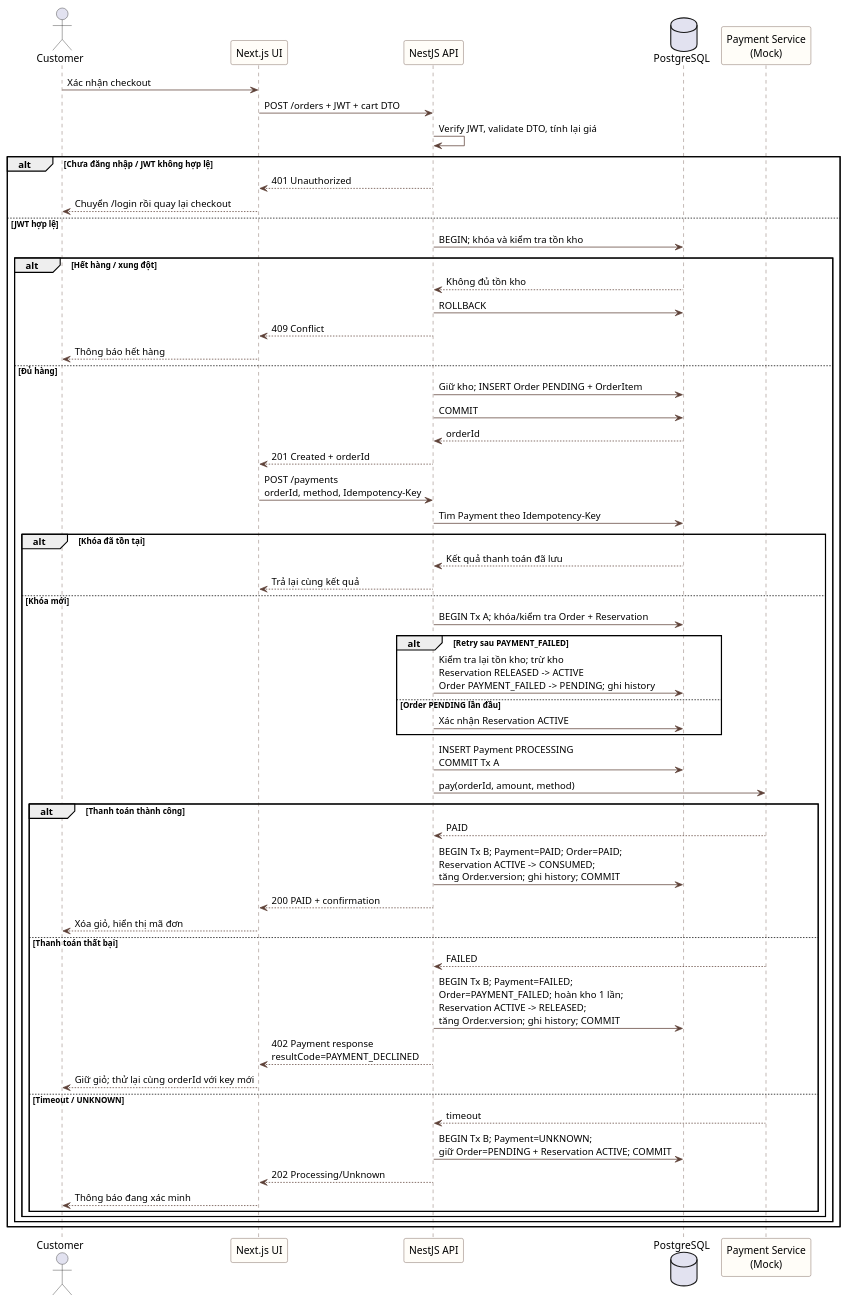
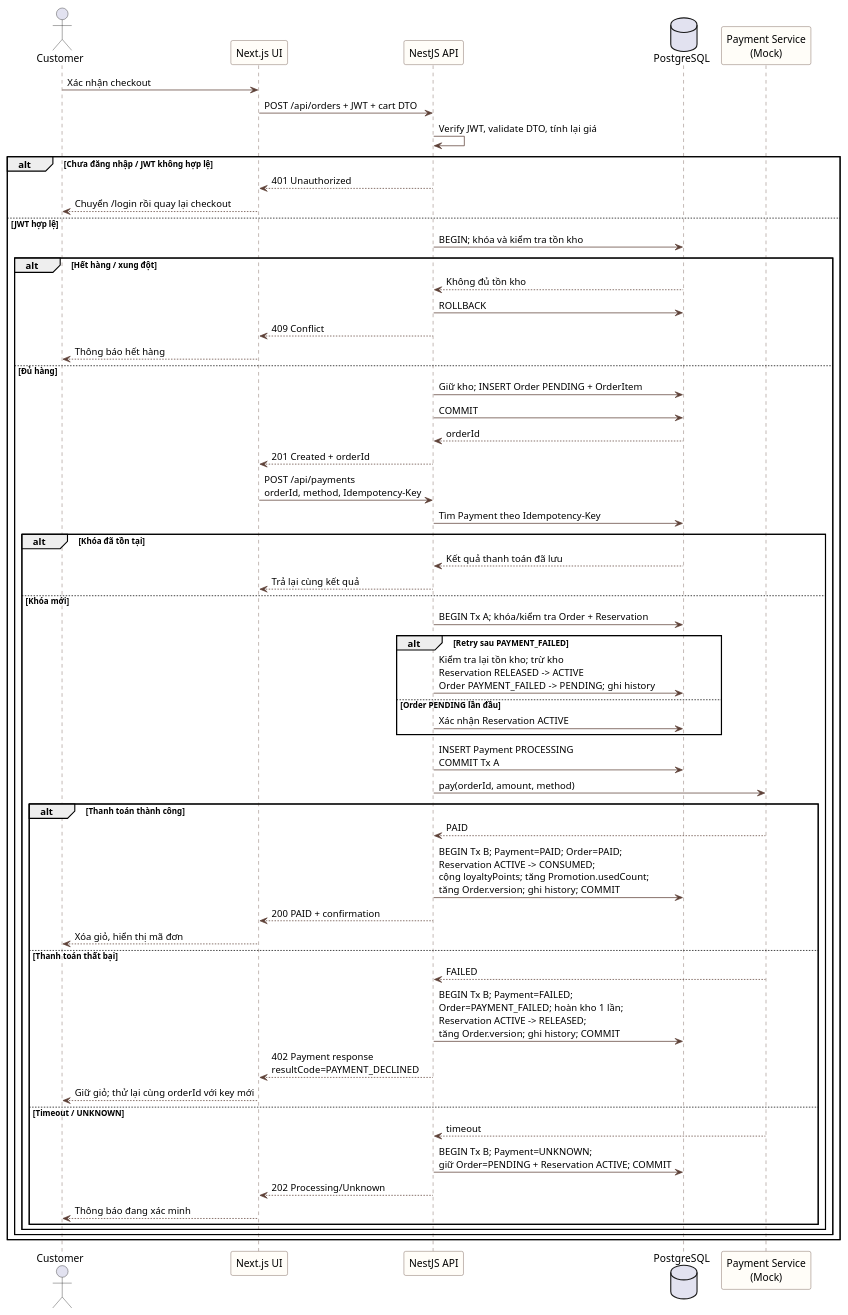
One commit to giakhoi0123/Brewlite_swe_project2 changed the diagram in docs/diagrams/sequence-checkout.puml. Above: the diagram before and after it, drawn with PlantUML. The commit also changed 5 other files, not shown here.

Commit message:
docs(diagrams): sync usecase and checkout sequence diagrams with codebase

```diff
--- a/docs/diagrams/sequence-checkout.puml
+++ b/docs/diagrams/sequence-checkout.puml
@@ -1,70 +1,70 @@
 @startuml
 skinparam shadowing false
 skinparam defaultFontName "Noto Sans"
 skinparam sequence {
   ArrowColor #5D4037
   LifeLineBorderColor #5D4037
   ParticipantBorderColor #5D4037
   ParticipantBackgroundColor #FFFDF8
 }
 
 actor Customer
 participant "Next.js UI" as UI
 participant "NestJS API" as API
 database "PostgreSQL" as DB
 participant "Payment Service\n(Mock)" as Pay
 
 Customer -> UI: Xác nhận checkout
-UI -> API: POST /orders + JWT + cart DTO
+UI -> API: POST /api/orders + JWT + cart DTO
 API -> API: Verify JWT, validate DTO, tính lại giá
 
 alt Chưa đăng nhập / JWT không hợp lệ
   API --> UI: 401 Unauthorized
   UI --> Customer: Chuyển /login rồi quay lại checkout
 else JWT hợp lệ
   API -> DB: BEGIN; khóa và kiểm tra tồn kho
   alt Hết hàng / xung đột
     DB --> API: Không đủ tồn kho
     API -> DB: ROLLBACK
     API --> UI: 409 Conflict
     UI --> Customer: Thông báo hết hàng
   else Đủ hàng
     API -> DB: Giữ kho; INSERT Order PENDING + OrderItem
     API -> DB: COMMIT
     DB --> API: orderId
     API --> UI: 201 Created + orderId
 
-    UI -> API: POST /payments\norderId, method, Idempotency-Key
+    UI -> API: POST /api/payments\norderId, method, Idempotency-Key
     API -> DB: Tìm Payment theo Idempotency-Key
     alt Khóa đã tồn tại
       DB --> API: Kết quả thanh toán đã lưu
       API --> UI: Trả lại cùng kết quả
     else Khóa mới
       API -> DB: BEGIN Tx A; khóa/kiểm tra Order + Reservation
       alt Retry sau PAYMENT_FAILED
         API -> DB: Kiểm tra lại tồn kho; trừ kho\nReservation RELEASED -> ACTIVE\nOrder PAYMENT_FAILED -> PENDING; ghi history
       else Order PENDING lần đầu
         API -> DB: Xác nhận Reservation ACTIVE
       end
       API -> DB: INSERT Payment PROCESSING\nCOMMIT Tx A
       API -> Pay: pay(orderId, amount, method)
       alt Thanh toán thành công
         Pay --> API: PAID
-        API -> DB: BEGIN Tx B; Payment=PAID; Order=PAID;\nReservation ACTIVE -> CONSUMED;\ntăng Order.version; ghi history; COMMIT
+        API -> DB: BEGIN Tx B; Payment=PAID; Order=PAID;\nReservation ACTIVE -> CONSUMED;\ncộng loyaltyPoints; tăng Promotion.usedCount;\ntăng Order.version; ghi history; COMMIT
         API --> UI: 200 PAID + confirmation
         UI --> Customer: Xóa giỏ, hiển thị mã đơn
       else Thanh toán thất bại
         Pay --> API: FAILED
         API -> DB: BEGIN Tx B; Payment=FAILED;\nOrder=PAYMENT_FAILED; hoàn kho 1 lần;\nReservation ACTIVE -> RELEASED;\ntăng Order.version; ghi history; COMMIT
         API --> UI: 402 Payment response\nresultCode=PAYMENT_DECLINED
         UI --> Customer: Giữ giỏ; thử lại cùng orderId với key mới
       else Timeout / UNKNOWN
         Pay --> API: timeout
         API -> DB: BEGIN Tx B; Payment=UNKNOWN;\ngiữ Order=PENDING + Reservation ACTIVE; COMMIT
         API --> UI: 202 Processing/Unknown
         UI --> Customer: Thông báo đang xác minh
       end
     end
   end
 end
 @enduml
```
